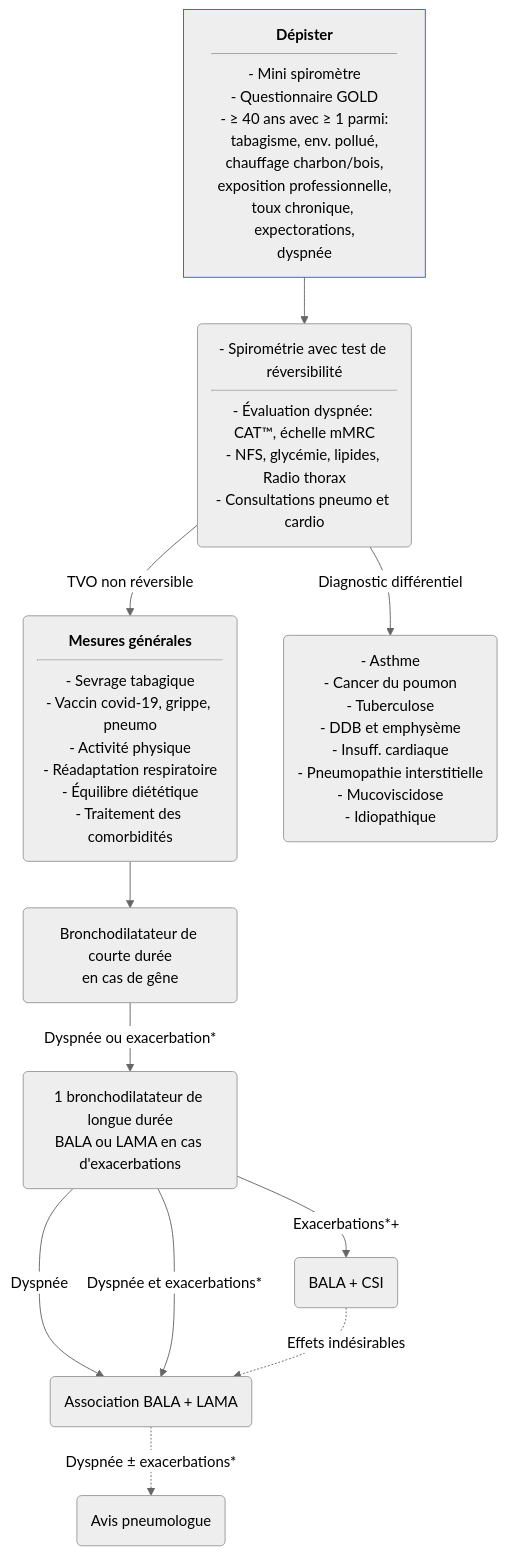
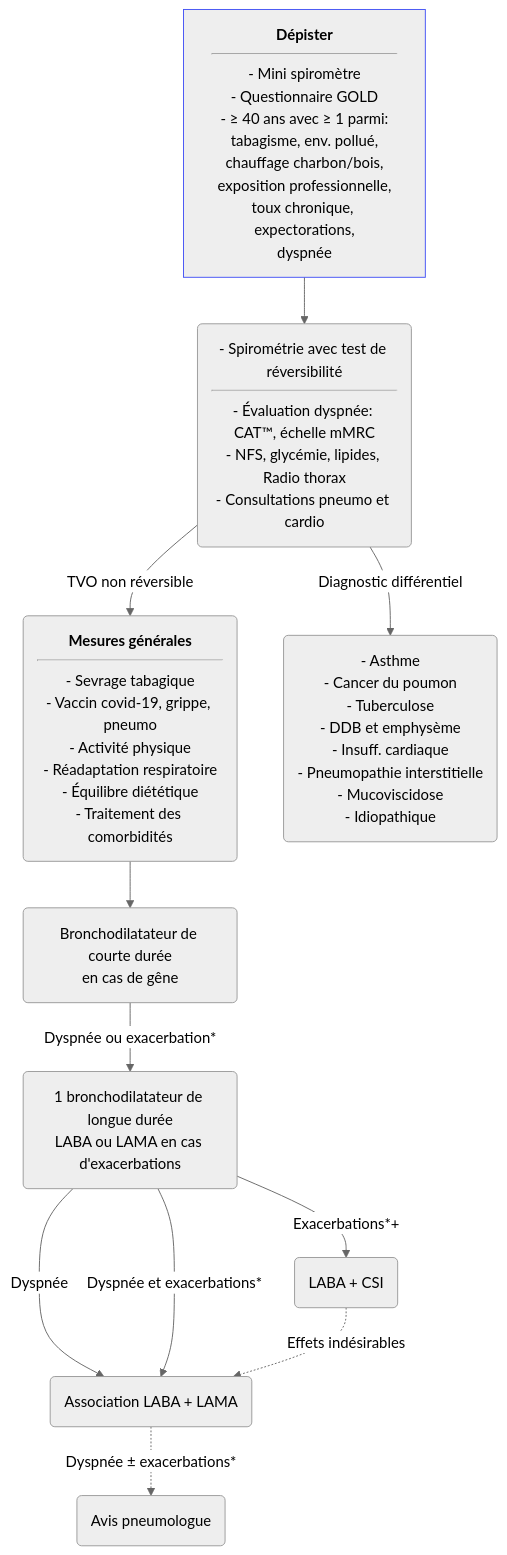
One commit to djibe/recommandations-medicales changed the diagram in content/recommandations/bronchopneumopathie-chronique-obstructive.md. Above: the diagram before and after it, drawn with Mermaid (neutral theme). The commit also changed other lines of this file and 6 other files, not shown here.

```diff
--- a/content/recommandations/bronchopneumopathie-chronique-obstructive.md
+++ b/content/recommandations/bronchopneumopathie-chronique-obstructive.md
@@ -554,15 +556,15 @@
 {{< mermaid title="Conduite à tenir pour le dépistage et le traitement de la BPCO. Dr JB Fron d'après SPLF, ERS et GOLD 2022" >}}
 graph TB
   depister["<strong>Dépister</strong><hr>- Mini spiromètre<br>- Questionnaire GOLD<br>- &ge; 40 ans avec &ge; 1 parmi:<br>tabagisme, env. pollué,<br>chauffage charbon/bois,<br>exposition professionnelle,<br>toux chronique, expectorations,<br>dyspnée"]
   style depister stroke:#4150f5, stroke-width:1px
     depister --> spirometrie("- Spirométrie avec test de réversibilité<hr>- Évaluation dyspnée: CAT&trade;, échelle mMRC<br>- NFS, glycémie, lipides, Radio thorax<br>- Consultations pneumo et cardio")
       spirometrie -- TVO non réversible --> rhd("<strong>Mesures générales</strong><hr>- Sevrage tabagique<br>- Vaccin covid-19, grippe, pneumo<br>- Activité physique<br>- Réadaptation respiratoire<br>- Équilibre diététique<br>- Traitement des comorbidités")
         rhd --> bdca("Bronchodilatateur de courte durée<br>en cas de gêne")
-          bdca -- "Dyspnée ou exacerbation*" --> bdla("1 bronchodilatateur de longue durée<br>BALA ou LAMA en cas d'exacerbations")
-            bdla -- Dyspnée --> bitherapie(Association BALA + LAMA)
+          bdca -- "Dyspnée ou exacerbation*" --> bdla("1 bronchodilatateur de longue durée<br>LABA ou LAMA en cas d'exacerbations")
+            bdla -- Dyspnée --> bitherapie(Association LABA + LAMA)
               bitherapie -. "Dyspnée &plusmn; exacerbations*" .-> avis(Avis pneumologue)
             bdla -- "Dyspnée et exacerbations*" --> bitherapie
-            bdla -- Exacerbations*+ --> csi(BALA + CSI)
+            bdla -- Exacerbations*+ --> csi(LABA + CSI)
               csi -. Effets indésirables .-> bitherapie
       spirometrie -- Diagnostic différentiel --> differentiel("- Asthme<br>- Cancer du poumon<br>- Tuberculose<br>- DDB et emphysème<br>- Insuff. cardiaque<br>- Pneumopathie interstitielle<br>- Mucoviscidose<br>- Idiopathique")
 {{< /mermaid >}}
```
